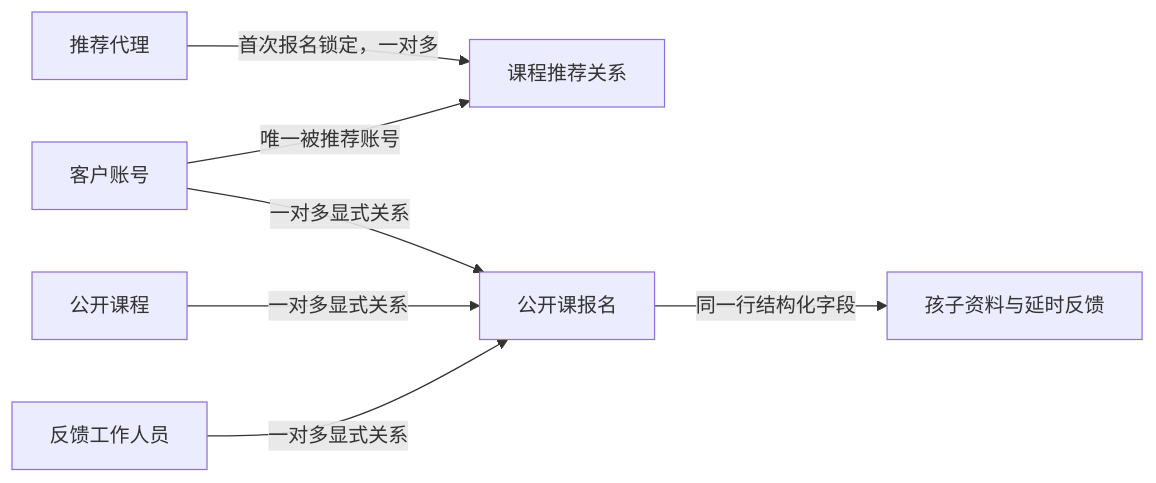
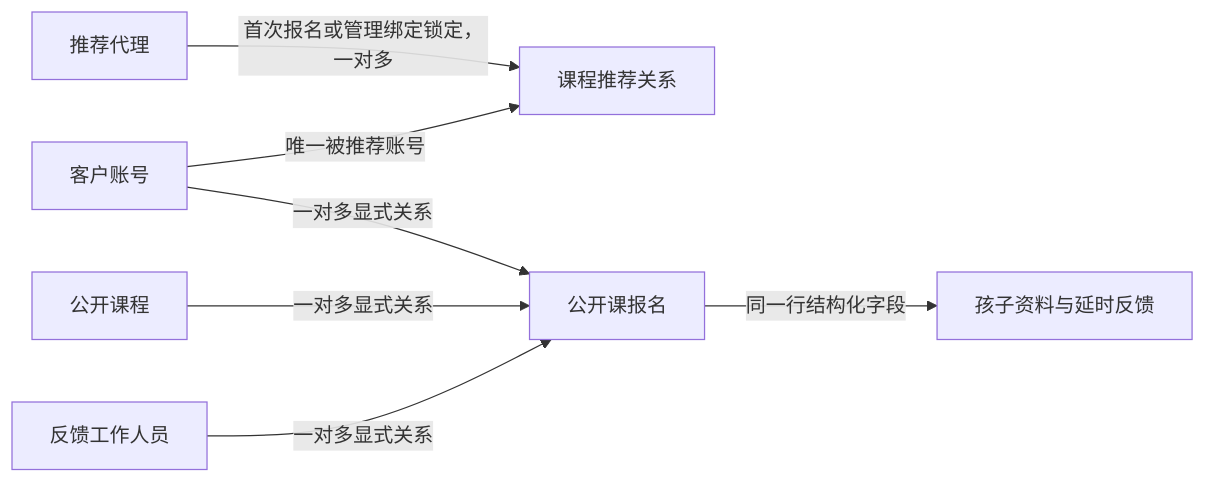
One commit to yaokailiu9-cloud/zhishou-course-web changed the diagram in 数据库结构与关联关系说明.md. Above: the diagram before and after it, drawn with Mermaid. The commit also changed other lines of this file and 16 other files, not shown here.

Commit message:
Connect three-role demo to Zion and deploy protected referral feedback flows

````diff
--- a/数据库结构与关联关系说明.md
+++ b/数据库结构与关联关系说明.md
@@ -750,9 +750,9 @@
 ```mermaid
 flowchart LR
-  推荐代理 -->|首次报名锁定，一对多| 课程推荐关系
+  推荐代理 -->|首次报名或管理绑定锁定，一对多| 课程推荐关系
   客户账号 -->|唯一被推荐账号| 课程推荐关系
   客户账号 -->|一对多显式关系| 公开课报名
   公开课程 -->|一对多显式关系| 公开课报名
   反馈工作人员 -->|一对多显式关系| 公开课报名
   公开课报名 -->|同一行结构化字段| 孩子资料与延时反馈
 ```
````
